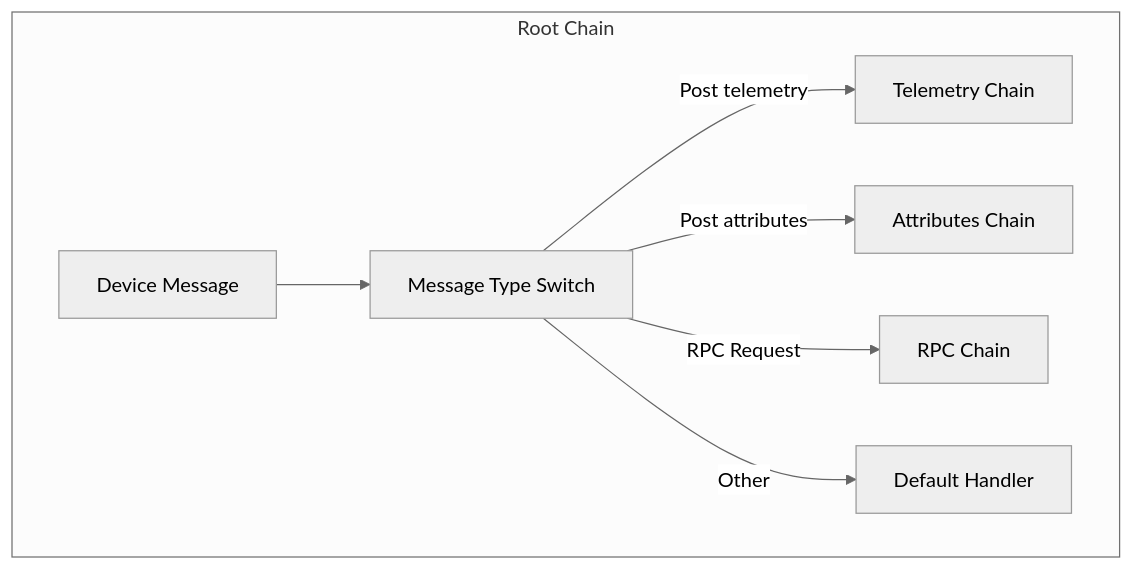
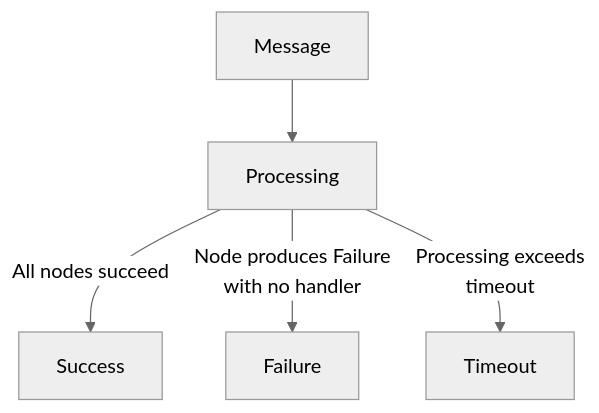
Before and after one commit to vx-daniel/tb-docs-project: the seventh of 10 diagrams in docs/04-rule-engine/README.md, drawn with Mermaid (neutral theme). The commit also changed other lines of this file and 37 other files, not shown here.

````diff
--- a/docs/04-rule-engine/README.md
+++ b/docs/04-rule-engine/README.md
@@ -532,10 +268,7 @@
 ```mermaid
 graph TB
-    subgraph "Root Chain"
-        INPUT[Device Message] --> SWITCH[Message Type Switch]
-        SWITCH -->|Post telemetry| TEL[Telemetry Chain]
-        SWITCH -->|Post attributes| ATTR[Attributes Chain]
-        SWITCH -->|RPC Request| RPC[RPC Chain]
-        SWITCH -->|Other| DEFAULT[Default Handler]
-    end
+    MSG[Message] --> PROCESS[Processing]
+    PROCESS -->|All nodes succeed| SUCCESS[Success]
+    PROCESS -->|Node produces Failure<br/>with no handler| FAILURE[Failure]
+    PROCESS -->|Processing exceeds<br/>timeout| TIMEOUT[Timeout]
 ```
````
